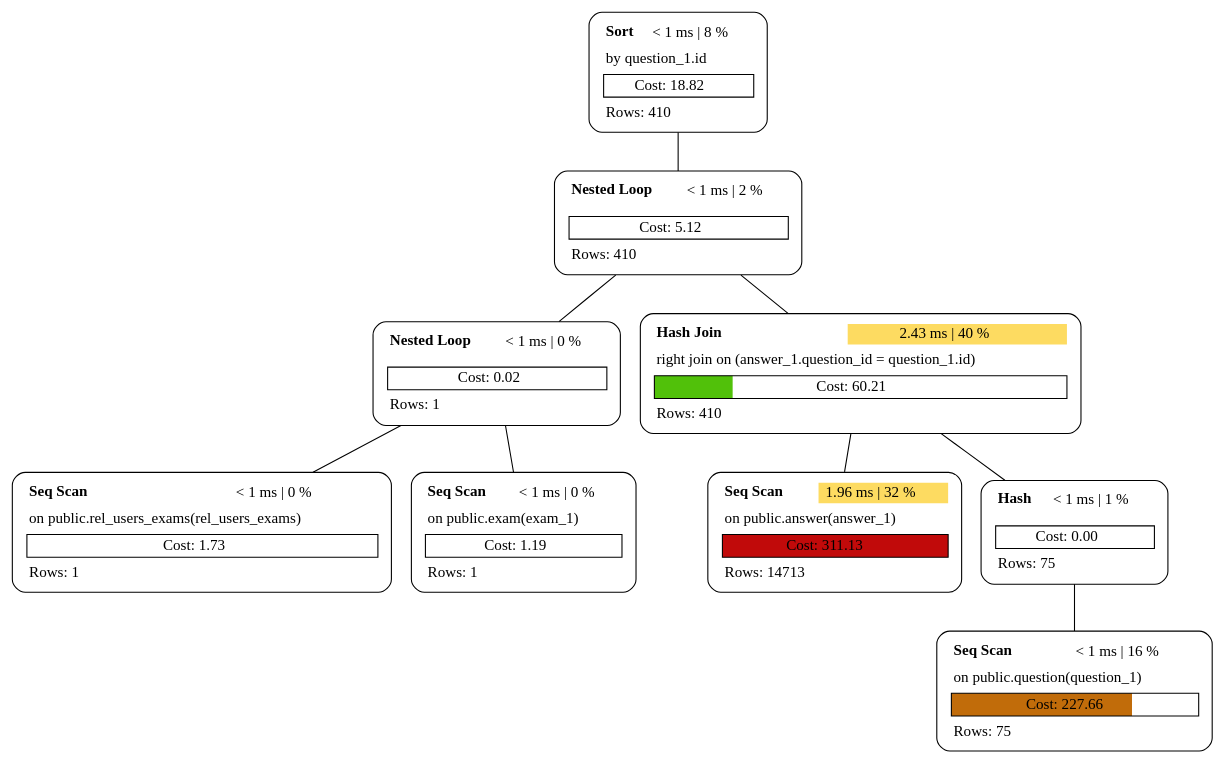
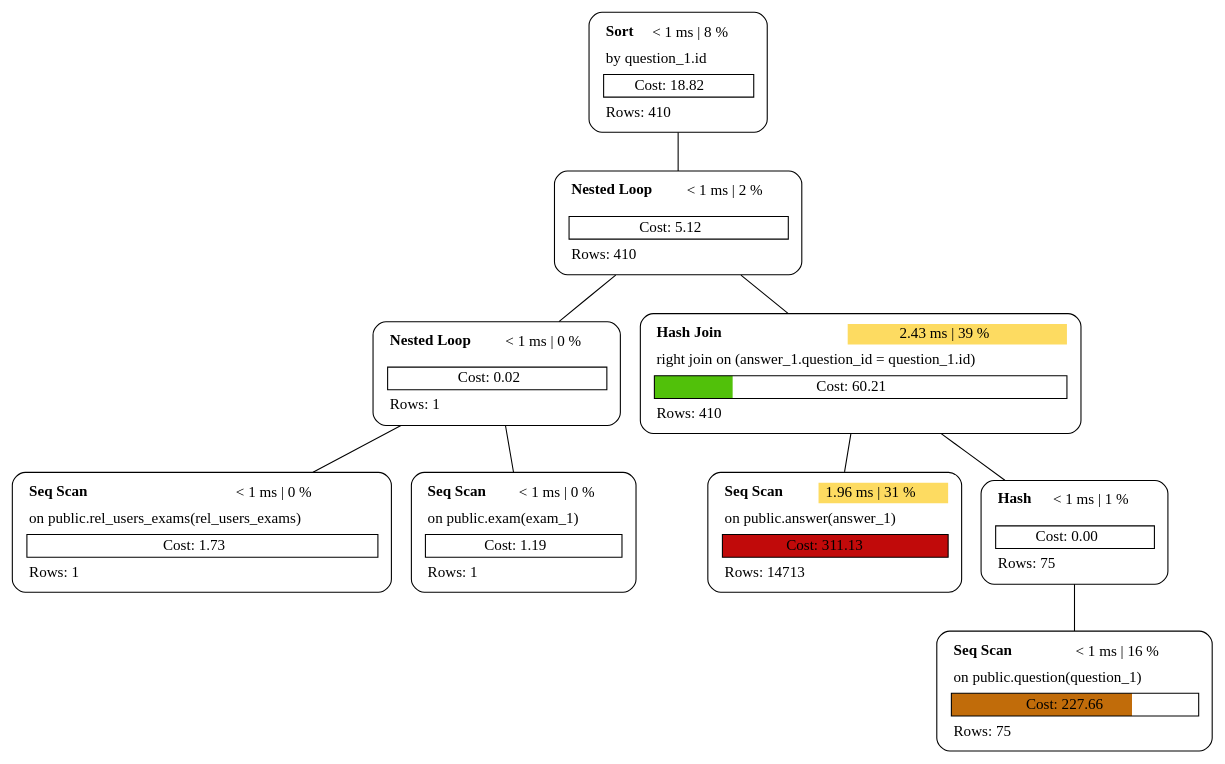
Before and after one commit to sanpii/explain: the diagram in examples/plan_2.dot, drawn with Graphviz. The commit also changed 13 other files, not shown here.

```diff
--- a/examples/plan_2.dot
+++ b/examples/plan_2.dot
@@ -1,19 +1,19 @@
 graph explain {
     node0[label=<<table border="0" cellborder="0" cellspacing="5"><tr><td align="left"><b>Sort</b></td><td>&lt; 1 ms | 8 %</td></tr><tr><td colspan="2" align="left">by question_1.id</td></tr><tr><td colspan="2" border="1" >Cost: 18.82</td></tr><tr><td colspan="2" align="left">Rows: 410</td></tr></table>>][style="rounded"][shape="box"];
     node1[label=<<table border="0" cellborder="0" cellspacing="5"><tr><td align="left"><b>Nested Loop</b></td><td>&lt; 1 ms | 2 %</td></tr><tr><td colspan="2" align="left"></td></tr><tr><td colspan="2" border="1" >Cost: 5.12</td></tr><tr><td colspan="2" align="left">Rows: 410</td></tr></table>>][style="rounded"][shape="box"];
     node2[label=<<table border="0" cellborder="0" cellspacing="5"><tr><td align="left"><b>Nested Loop</b></td><td>&lt; 1 ms | 0 %</td></tr><tr><td colspan="2" align="left"></td></tr><tr><td colspan="2" border="1" >Cost: 0.02</td></tr><tr><td colspan="2" align="left">Rows: 1</td></tr></table>>][style="rounded"][shape="box"];
     node3[label=<<table border="0" cellborder="0" cellspacing="5"><tr><td align="left"><b>Seq Scan</b></td><td>&lt; 1 ms | 0 %</td></tr><tr><td colspan="2" align="left">on public.rel_users_exams(rel_users_exams)</td></tr><tr><td colspan="2" border="1" >Cost: 1.73</td></tr><tr><td colspan="2" align="left">Rows: 1</td></tr></table>>][style="rounded"][shape="box"];
     node4[label=<<table border="0" cellborder="0" cellspacing="5"><tr><td align="left"><b>Seq Scan</b></td><td>&lt; 1 ms | 0 %</td></tr><tr><td colspan="2" align="left">on public.exam(exam_1)</td></tr><tr><td colspan="2" border="1" >Cost: 1.19</td></tr><tr><td colspan="2" align="left">Rows: 1</td></tr></table>>][style="rounded"][shape="box"];
-    node5[label=<<table border="0" cellborder="0" cellspacing="5"><tr><td align="left"><b>Hash Join</b></td><td bgcolor="#fddb61">2.43 ms | 40 %</td></tr><tr><td colspan="2" align="left">right join on (answer_1.question_id = question_1.id)</td></tr><tr><td colspan="2" border="1" bgcolor="#51c10a;0.19:white">Cost: 60.21</td></tr><tr><td colspan="2" align="left">Rows: 410</td></tr></table>>][style="rounded"][shape="box"];
-    node6[label=<<table border="0" cellborder="0" cellspacing="5"><tr><td align="left"><b>Seq Scan</b></td><td bgcolor="#fddb61">1.96 ms | 32 %</td></tr><tr><td colspan="2" align="left">on public.answer(answer_1)</td></tr><tr><td colspan="2" border="1" bgcolor="#c10a0a">Cost: 311.13</td></tr><tr><td colspan="2" align="left">Rows: 14713</td></tr></table>>][style="rounded"][shape="box"];
+    node5[label=<<table border="0" cellborder="0" cellspacing="5"><tr><td align="left"><b>Hash Join</b></td><td bgcolor="#fddb61">2.43 ms | 39 %</td></tr><tr><td colspan="2" align="left">right join on (answer_1.question_id = question_1.id)</td></tr><tr><td colspan="2" border="1" bgcolor="#51c10a;0.19:white">Cost: 60.21</td></tr><tr><td colspan="2" align="left">Rows: 410</td></tr></table>>][style="rounded"][shape="box"];
+    node6[label=<<table border="0" cellborder="0" cellspacing="5"><tr><td align="left"><b>Seq Scan</b></td><td bgcolor="#fddb61">1.96 ms | 31 %</td></tr><tr><td colspan="2" align="left">on public.answer(answer_1)</td></tr><tr><td colspan="2" border="1" bgcolor="#c10a0a">Cost: 311.13</td></tr><tr><td colspan="2" align="left">Rows: 14713</td></tr></table>>][style="rounded"][shape="box"];
     node7[label=<<table border="0" cellborder="0" cellspacing="5"><tr><td align="left"><b>Hash</b></td><td>&lt; 1 ms | 1 %</td></tr><tr><td colspan="2" align="left"></td></tr><tr><td colspan="2" border="1" >Cost: 0.00</td></tr><tr><td colspan="2" align="left">Rows: 75</td></tr></table>>][style="rounded"][shape="box"];
     node8[label=<<table border="0" cellborder="0" cellspacing="5"><tr><td align="left"><b>Seq Scan</b></td><td>&lt; 1 ms | 16 %</td></tr><tr><td colspan="2" align="left">on public.question(question_1)</td></tr><tr><td colspan="2" border="1" bgcolor="#c16c0a;0.73:white">Cost: 227.66</td></tr><tr><td colspan="2" align="left">Rows: 75</td></tr></table>>][style="rounded"][shape="box"];
     node0 -- node1[label=""];
     node1 -- node2[label=""];
     node2 -- node3[label=""];
     node2 -- node4[label=""];
     node1 -- node5[label=""];
     node5 -- node6[label=""];
     node5 -- node7[label=""];
     node7 -- node8[label=""];
 }
```
